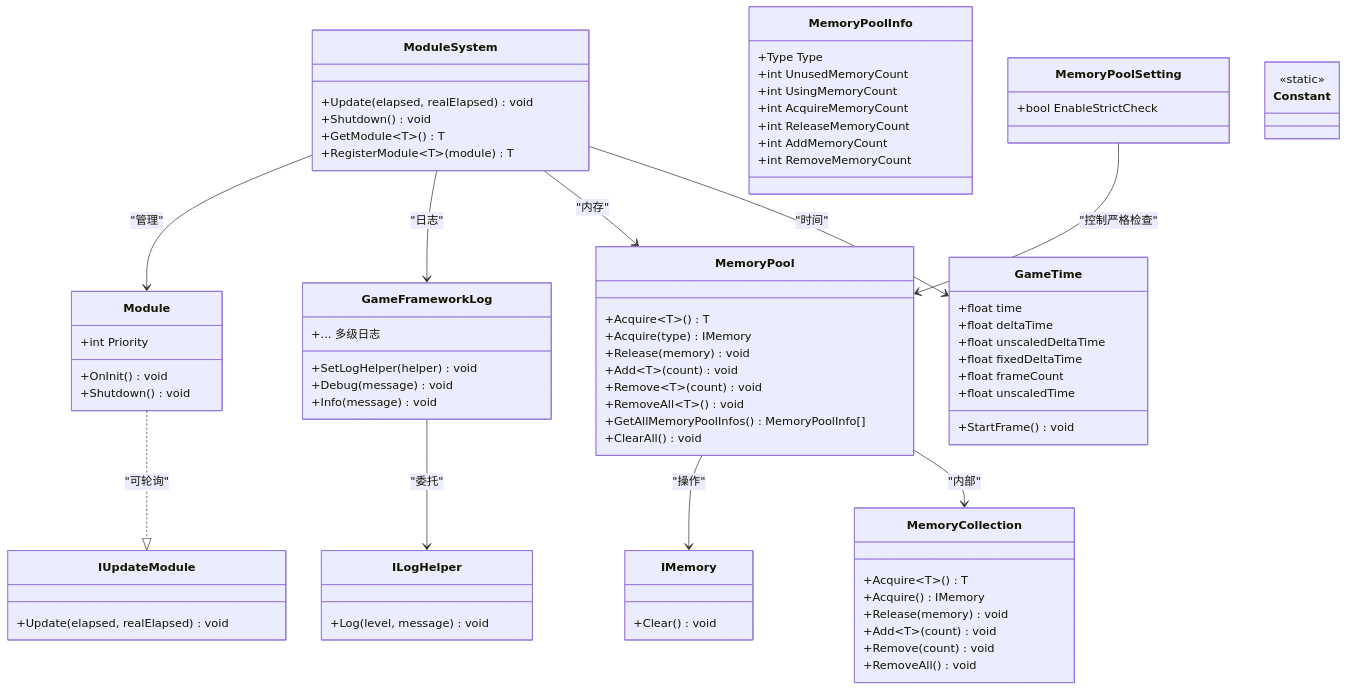
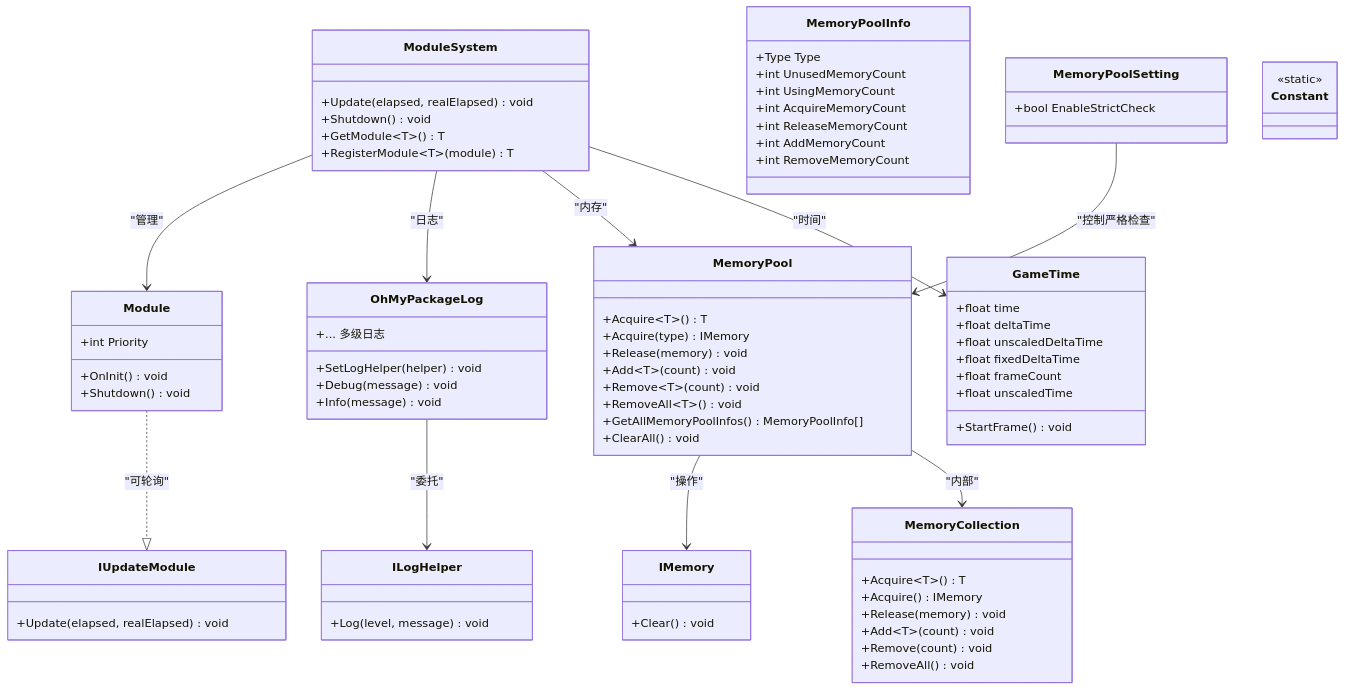
One commit to OxygenIsland/MyGame changed the second of 3 diagrams in repowiki/zh/content/API参考/核心API.md. Above: the diagram before and after it, drawn with Mermaid. The commit also changed other lines of this file and 34 other files, not shown here.

````diff
--- a/repowiki/zh/content/API参考/核心API.md
+++ b/repowiki/zh/content/API参考/核心API.md
@@ -140,80 +140,80 @@
 ```mermaid
 classDiagram
 class Module {
 +int Priority
 +OnInit() void
 +Shutdown() void
 }
 class IUpdateModule {
 +Update(elapsed, realElapsed) void
 }
 class ModuleSystem {
 +Update(elapsed, realElapsed) void
 +Shutdown() void
 +GetModule~T~() T
 +RegisterModule~T~(module) T
 }
-class GameFrameworkLog {
+class OhMyPackageLog {
 +SetLogHelper(helper) void
 +Debug(message) void
 +Info(message) void
 +... 多级日志
 }
 class ILogHelper {
 +Log(level, message) void
 }
 class MemoryPool {
 +Acquire~T~() T
 +Acquire(type) IMemory
 +Release(memory) void
 +Add~T~(count) void
 +Remove~T~(count) void
 +RemoveAll~T~() void
 +GetAllMemoryPoolInfos() MemoryPoolInfo[]
 +ClearAll() void
 }
 class IMemory {
 +Clear() void
 }
 class MemoryCollection {
 +Acquire~T~() T
 +Acquire() IMemory
 +Release(memory) void
 +Add~T~(count) void
 +Remove(count) void
 +RemoveAll() void
 }
 class MemoryPoolInfo {
 +Type Type
 +int UnusedMemoryCount
 +int UsingMemoryCount
 +int AcquireMemoryCount
 +int ReleaseMemoryCount
 +int AddMemoryCount
 +int RemoveMemoryCount
 }
 class MemoryPoolSetting {
 +bool EnableStrictCheck
 }
 class GameTime {
 +float time
 +float deltaTime
 +float unscaledDeltaTime
 +float fixedDeltaTime
 +float frameCount
 +float unscaledTime
 +StartFrame() void
 }
 class Constant {
 <<static>>
 }
 ModuleSystem --> Module : "管理"
 Module ..|> IUpdateModule : "可轮询"
-GameFrameworkLog --> ILogHelper : "委托"
+OhMyPackageLog --> ILogHelper : "委托"
 MemoryPool --> IMemory : "操作"
 MemoryPool --> MemoryCollection : "内部"
 MemoryPoolSetting --> MemoryPool : "控制严格检查"
-ModuleSystem --> GameFrameworkLog : "日志"
+ModuleSystem --> OhMyPackageLog : "日志"
 ModuleSystem --> MemoryPool : "内存"
 ModuleSystem --> GameTime : "时间"
 ```
````
